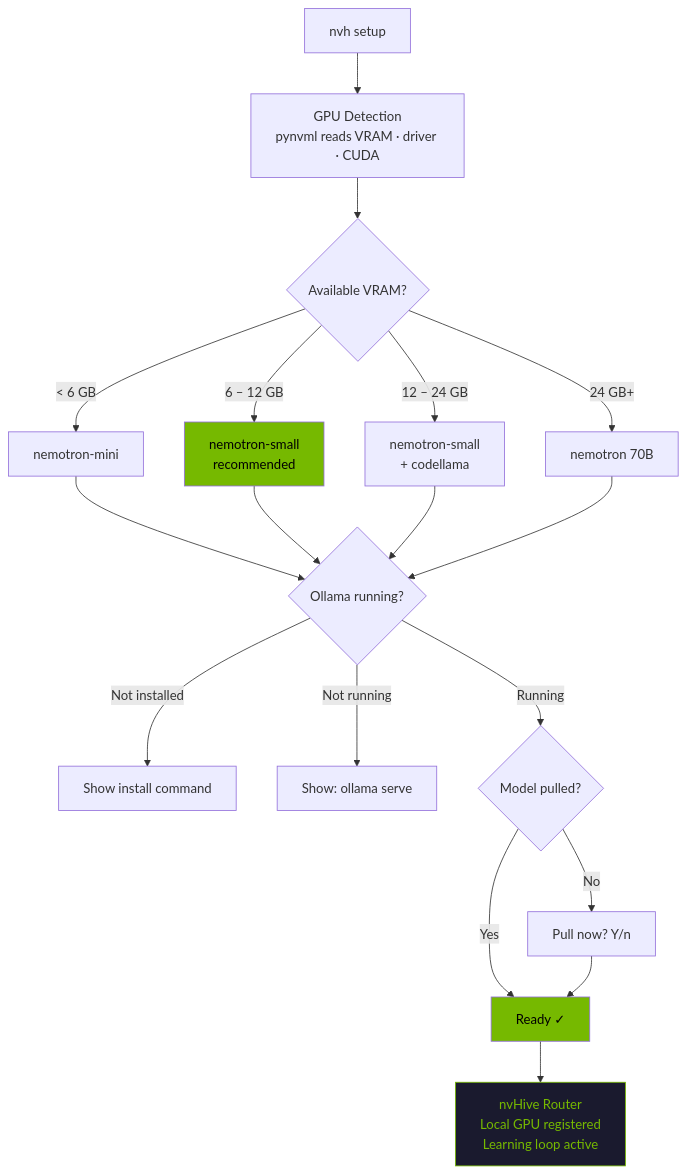
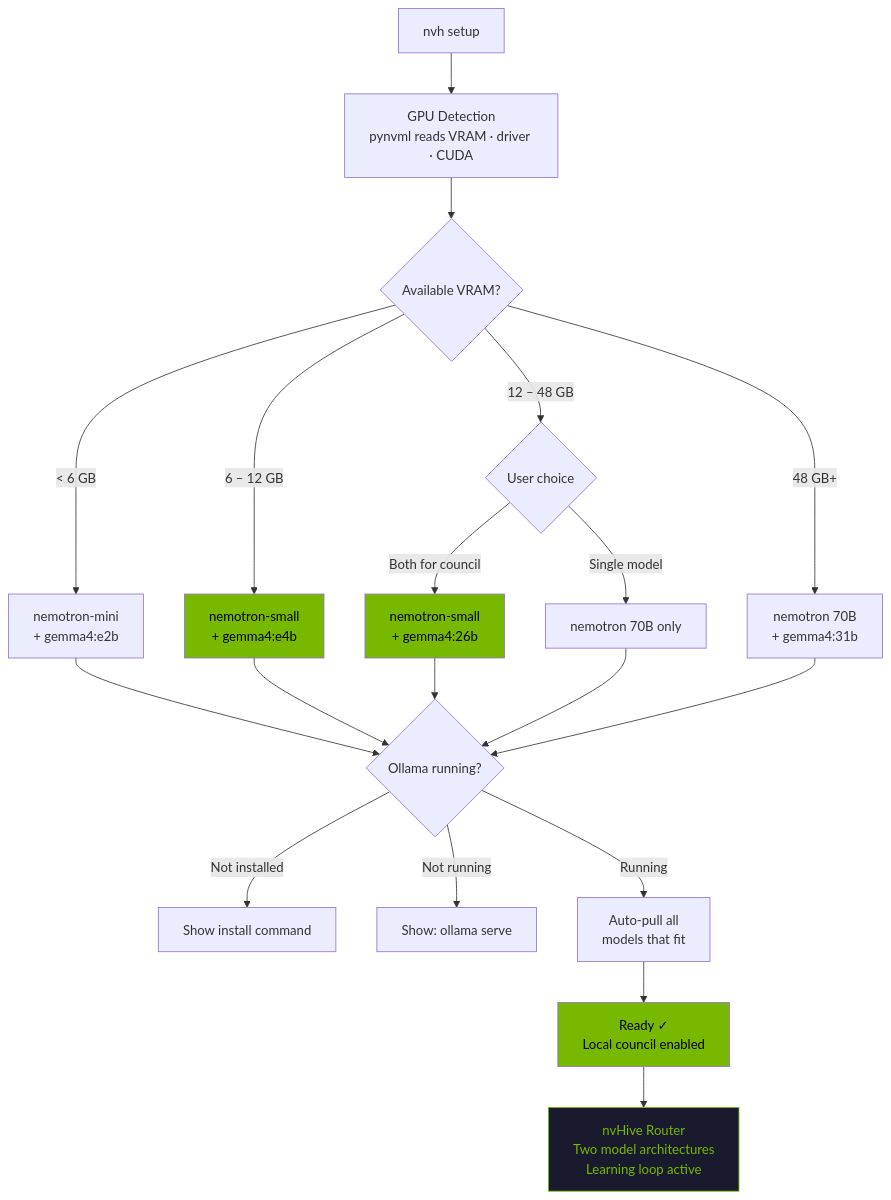
Before and after one commit to thatcooperguy/nvHive: the fourth of 5 diagrams in README.md, drawn with Mermaid. The commit also changed other lines of this file and 1 other file, not shown here.

First line of the commit message:
Update README and GIF for Gemma 4 + local council story

````diff
--- a/README.md
+++ b/README.md
@@ -240,30 +241,33 @@
 ```mermaid
 flowchart TB
     SETUP[nvh setup] --> DETECT[GPU Detection<br/>pynvml reads VRAM · driver · CUDA]
     
     DETECT --> VRAM{Available VRAM?}
     
-    VRAM -->|< 6 GB| MINI[nemotron-mini]
-    VRAM -->|6 – 12 GB| SMALL[nemotron-small<br/>recommended]
-    VRAM -->|12 – 24 GB| DUAL[nemotron-small<br/>+ codellama]
-    VRAM -->|24 GB+| FULL[nemotron 70B]
+    VRAM -->|< 6 GB| MINI[nemotron-mini<br/>+ gemma4:e2b]
+    VRAM -->|6 – 12 GB| SMALL[nemotron-small<br/>+ gemma4:e4b]
+    VRAM -->|12 – 48 GB| CHOICE{User choice}
+    VRAM -->|48 GB+| FULL[nemotron 70B<br/>+ gemma4:31b]
+
+    CHOICE -->|Both for council| DUAL[nemotron-small<br/>+ gemma4:26b]
+    CHOICE -->|Single model| SINGLE[nemotron 70B only]
 
     MINI --> CHECK{Ollama running?}
     SMALL --> CHECK
     DUAL --> CHECK
+    SINGLE --> CHECK
     FULL --> CHECK
     
     CHECK -->|Not installed| INSTALL[Show install command]
     CHECK -->|Not running| START[Show: ollama serve]
-    CHECK -->|Running| PULLED{Model pulled?}
+    CHECK -->|Running| PULL[Auto-pull all<br/>models that fit]
     
-    PULLED -->|Yes| READY[Ready ✓]
-    PULLED -->|No| ASK[Pull now? Y/n]
-    ASK --> READY
+    PULL --> READY[Ready ✓<br/>Local council enabled]
     
-    READY --> ROUTE[nvHive Router<br/>Local GPU registered<br/>Learning loop active]
+    READY --> ROUTE[nvHive Router<br/>Two model architectures<br/>Learning loop active]
     
     style SMALL fill:#76B900,color:#000
+    style DUAL fill:#76B900,color:#000
     style READY fill:#76B900,color:#000
     style ROUTE fill:#1a1a2e,color:#76B900,stroke:#76B900
 ```
````
